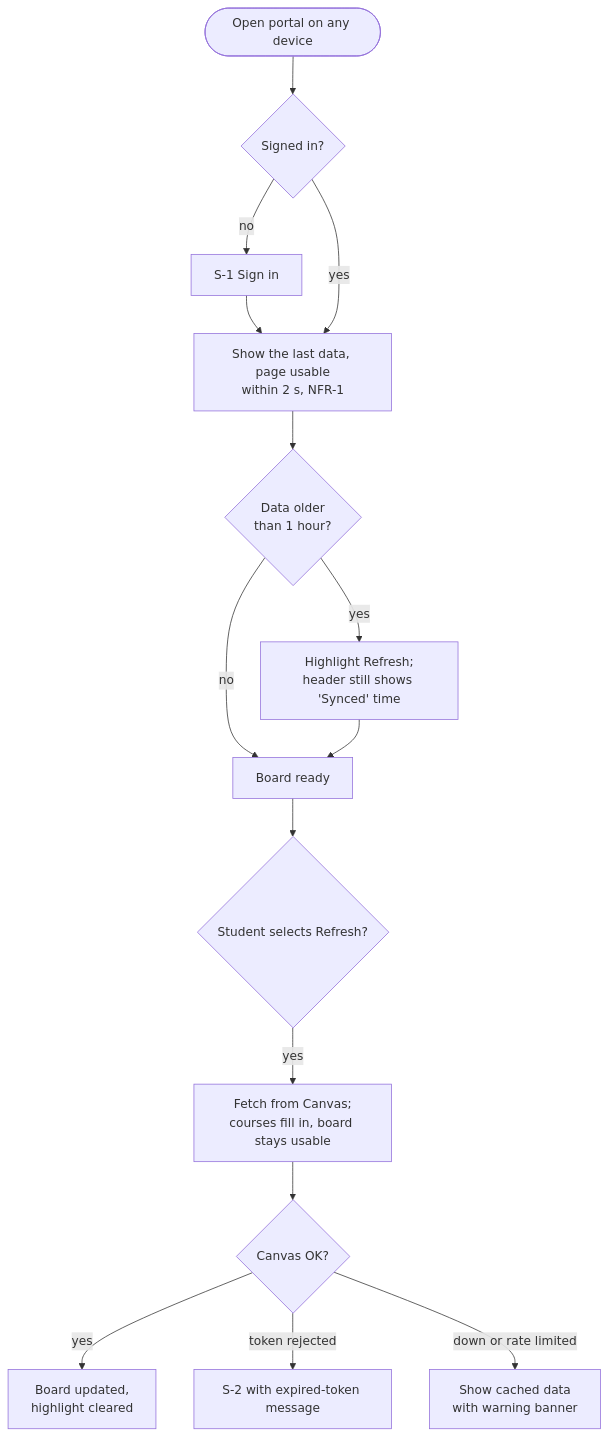
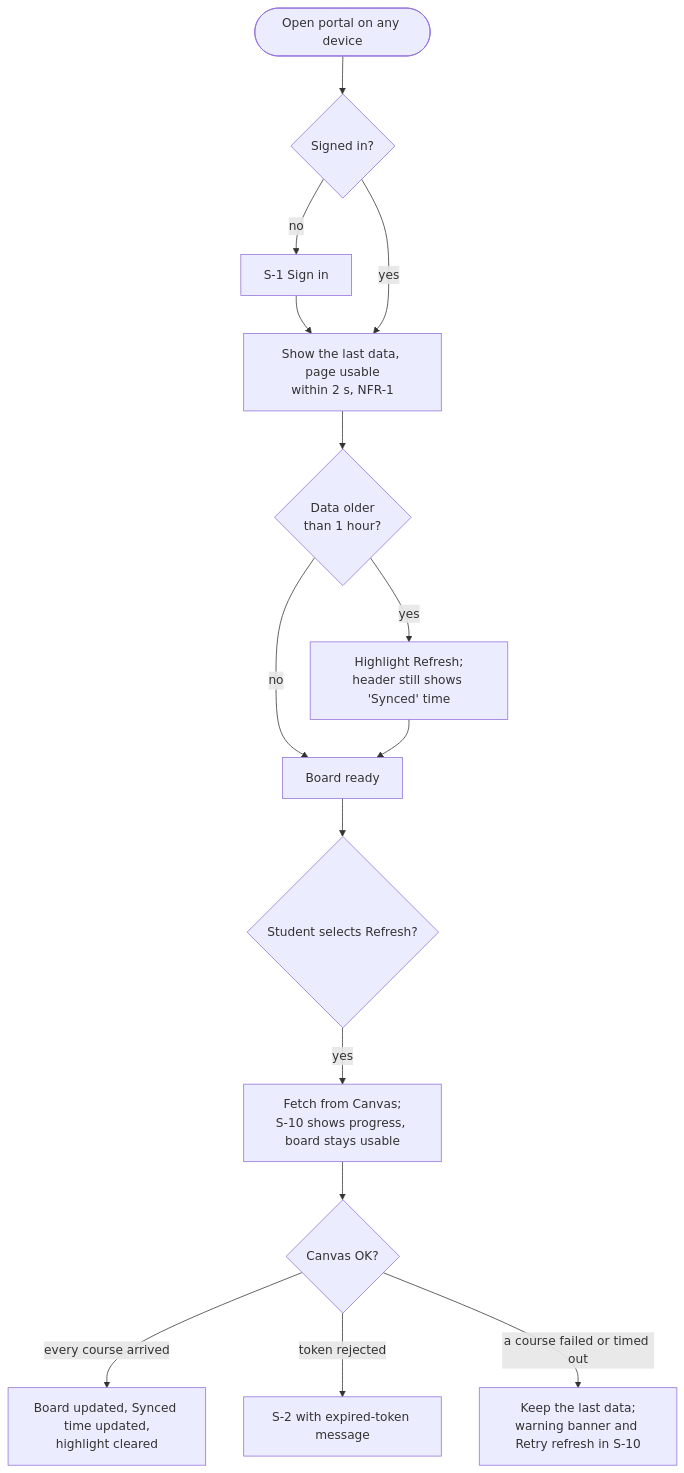
Before and after one commit to bbranton/TestProj: the third of 9 diagrams in docs/canvas-portal/04-ui-specification.md, drawn with Mermaid. The commit also changed other lines of this file, not shown here.

````diff
--- a/docs/canvas-portal/04-ui-specification.md
+++ b/docs/canvas-portal/04-ui-specification.md
@@ -420,16 +559,16 @@
 ```mermaid
 flowchart TD
     A([Open portal on any device]) --> B{Signed in?}
     B -- no --> C[S-1 Sign in] --> D
     B -- yes --> D[Show the last data, page usable<br/>within 2 s, NFR-1]
     D --> E{Data older<br/>than 1 hour?}
     E -- yes --> K[Highlight Refresh;<br/>header still shows 'Synced' time]
     E -- no --> G[Board ready]
     K --> G
     G --> L{Student selects Refresh?}
-    L -- yes --> F[Fetch from Canvas;<br/>courses fill in, board stays usable]
+    L -- yes --> F[Fetch from Canvas;<br/>S-10 shows progress, board stays usable]
     F --> H{Canvas OK?}
-    H -- yes --> M[Board updated,<br/>highlight cleared]
+    H -- every course arrived --> M[Board updated, Synced time updated,<br/>highlight cleared]
     H -- token rejected --> I[S-2 with expired-token message]
-    H -- down or rate limited --> J[Show cached data<br/>with warning banner]
+    H -- a course failed or timed out --> J[Keep the last data;<br/>warning banner and Retry refresh in S-10]
 ```
````
